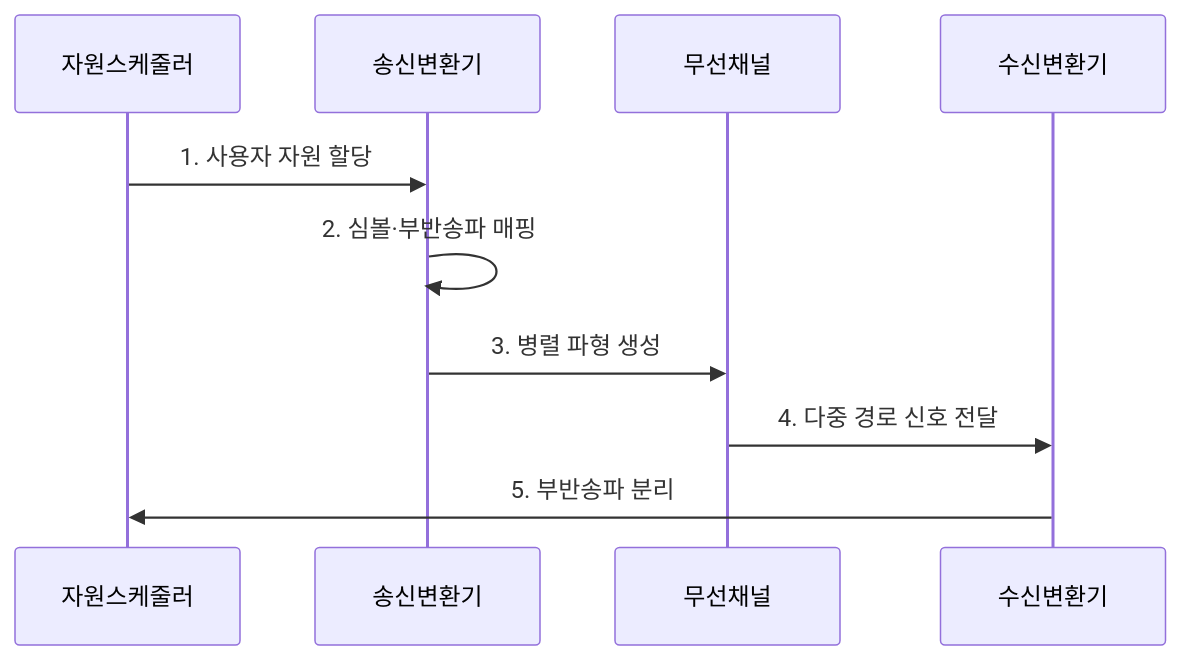
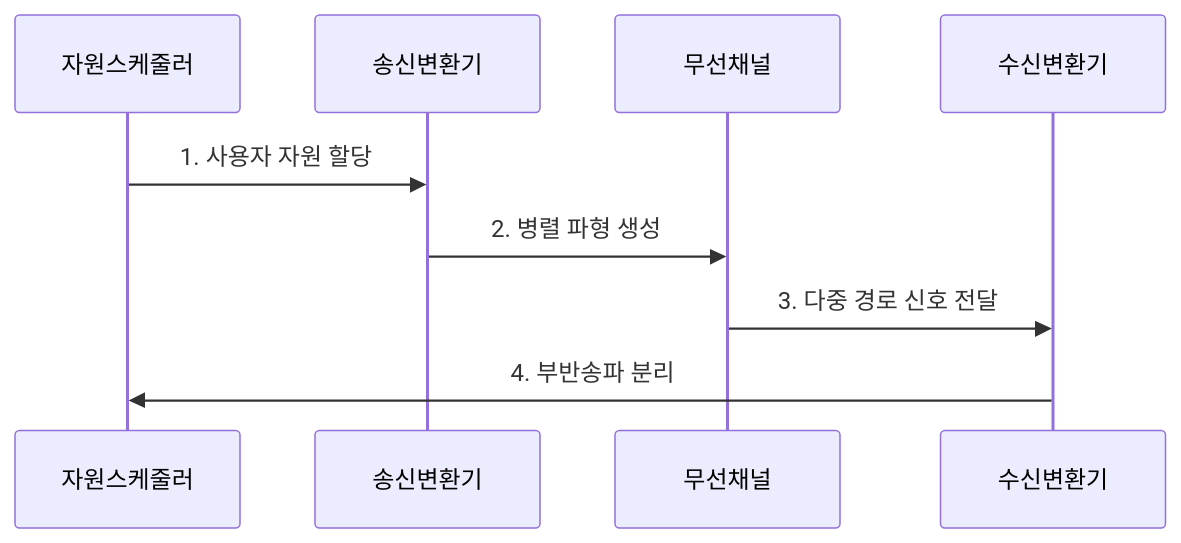
The second of 2 diagrams in src/content/docs/notes/04-network/034_ofdm_ofdma.md (agnusdei1207/knowledge-base), drawn with Mermaid before and after one commit. The commit also changed other lines of this file and 122 other files, not shown here.

````diff
--- a/src/content/docs/notes/04-network/034_ofdm_ofdma.md
+++ b/src/content/docs/notes/04-network/034_ofdm_ofdma.md
@@ -77,12 +77,11 @@
 ```mermaid
 sequenceDiagram
     participant 자원스케줄러
     participant 송신변환기
     participant 무선채널
     participant 수신변환기
     자원스케줄러->>송신변환기: 1. 사용자 자원 할당
-    송신변환기->>송신변환기: 2. 심볼·부반송파 매핑
-    송신변환기->>무선채널: 3. 병렬 파형 생성
-    무선채널->>수신변환기: 4. 다중 경로 신호 전달
-    수신변환기->>자원스케줄러: 5. 부반송파 분리
+    송신변환기->>무선채널: 2. 병렬 파형 생성
+    무선채널->>수신변환기: 3. 다중 경로 신호 전달
+    수신변환기->>자원스케줄러: 4. 부반송파 분리
 ```
````
